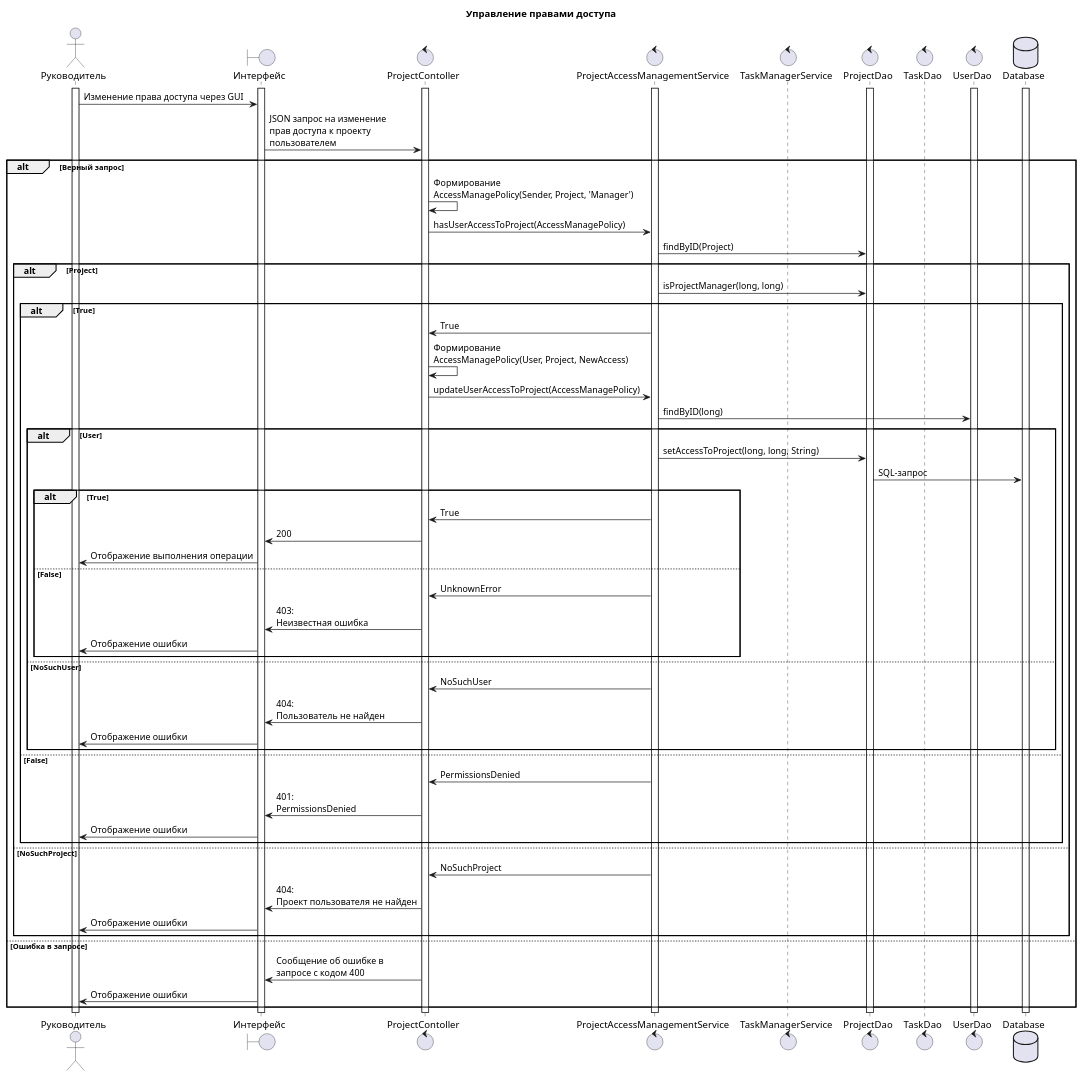
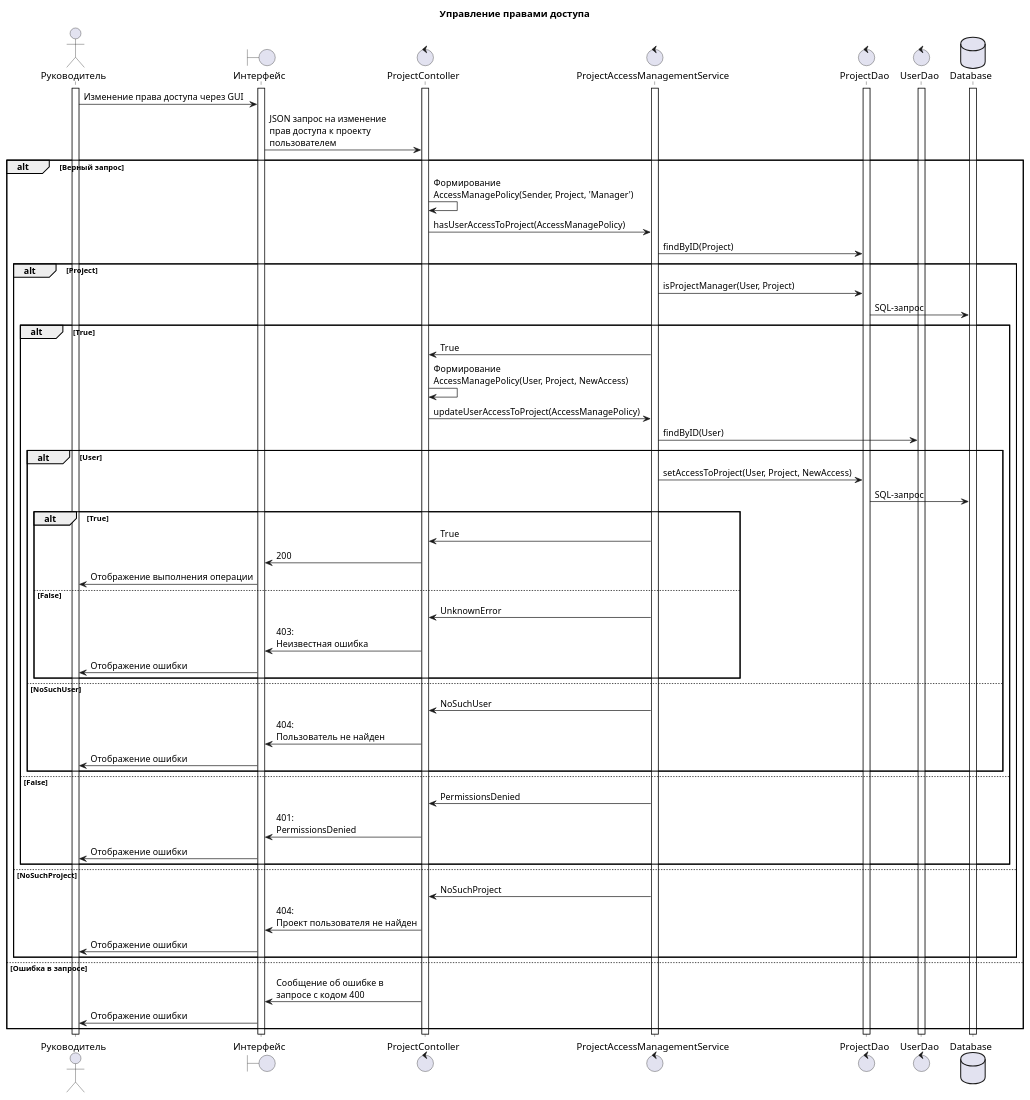
Before and after one commit to penamarth/bsbo-02-21_team_var7_erp: the diagram in UML diagrams/Sequence diagrams/manage-access-rights.wsd, drawn with PlantUML.

Commit message:
Manage Access diagram updated

```diff
--- a/UML diagrams/Sequence diagrams/manage-access-rights.wsd
+++ b/UML diagrams/Sequence diagrams/manage-access-rights.wsd
@@ -1,72 +1,71 @@
 @startuml sequence
 title Управление правами доступа
 
 actor Руководитель as user
 boundary "Интерфейс" as site
 control ProjectContoller as pcont
 control ProjectAccessManagementService as amserv
-control TaskManagerService as tmserv
 control ProjectDao as pdao 
-control TaskDao as tdao
 control UserDao as udao
 database Database as db
 
 activate user
 activate site
 activate db
 activate pcont
 activate amserv
 activate pdao
 activate udao
 
 user -> site : Изменение права доступа через GUI
 site -> pcont : JSON запрос на изменение\nправ доступа к проекту\nпользователем
 
 
 alt Верный запрос
     pcont -> pcont : Формирование\nAccessManagePolicy(Sender, Project, 'Manager')
     pcont -> amserv : hasUserAccessToProject(AccessManagePolicy)
     amserv -> pdao : findByID(Project)
     alt Project
-        amserv -> pdao : isProjectManager(long, long)
+        amserv -> pdao : isProjectManager(User, Project)
+        pdao -> db : SQL-запрос
         alt True
             pcont <- amserv : True
             pcont -> pcont : Формирование\nAccessManagePolicy(User, Project, NewAccess)
             pcont -> amserv: updateUserAccessToProject(AccessManagePolicy)
-            amserv -> udao : findByID(long)
+            amserv -> udao : findByID(User)
             alt User
-                amserv -> pdao : setAccessToProject(long, long, String)
+                amserv -> pdao : setAccessToProject(User, Project, NewAccess)
                 pdao -> db : SQL-запрос
                 alt True
                     pcont <- amserv : True
                     site <- pcont : 200
                     user <- site : Отображение выполнения операции
                 else False
                     pcont <- amserv : UnknownError 
                     site <- pcont : 403:\nНеизвестная ошибка
                     user <- site : Отображение ошибки
                 end
             else NoSuchUser
                 pcont <- amserv : NoSuchUser
                 site <- pcont : 404:\nПользователь не найден
                 user <- site : Отображение ошибки
             end
         
         else False
             pcont <- amserv : PermissionsDenied
             site <- pcont : 401:\nPermissionsDenied
             user <- site : Отображение ошибки
         end
     else NoSuchProject
         pcont <- amserv : NoSuchProject
         site <- pcont : 404:\nПроект пользователя не найден
         user <- site : Отображение ошибки
     end
     
 else Ошибка в запросе
     pcont -> site : Сообщение об ошибке в\nзапросе с кодом 400
     user <- site : Отображение ошибки
 end
 
 
 @enduml
```
